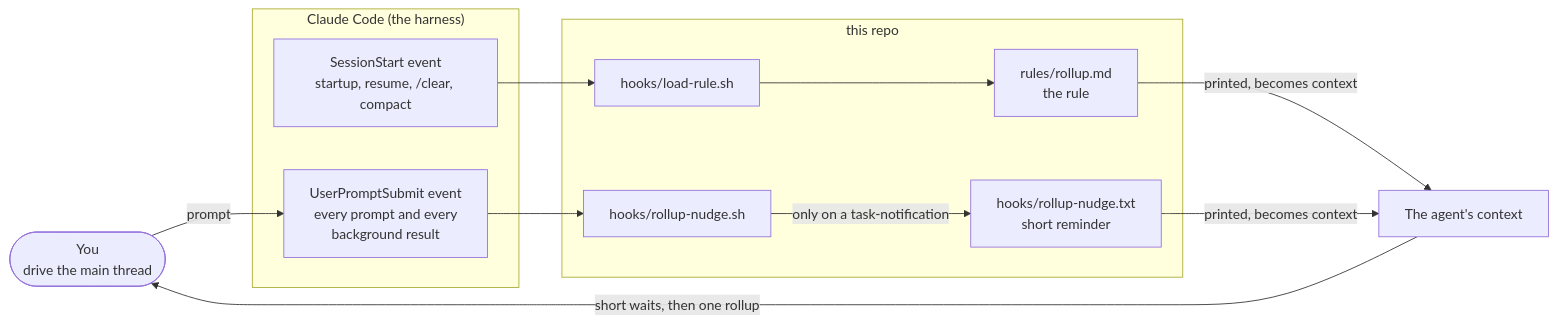
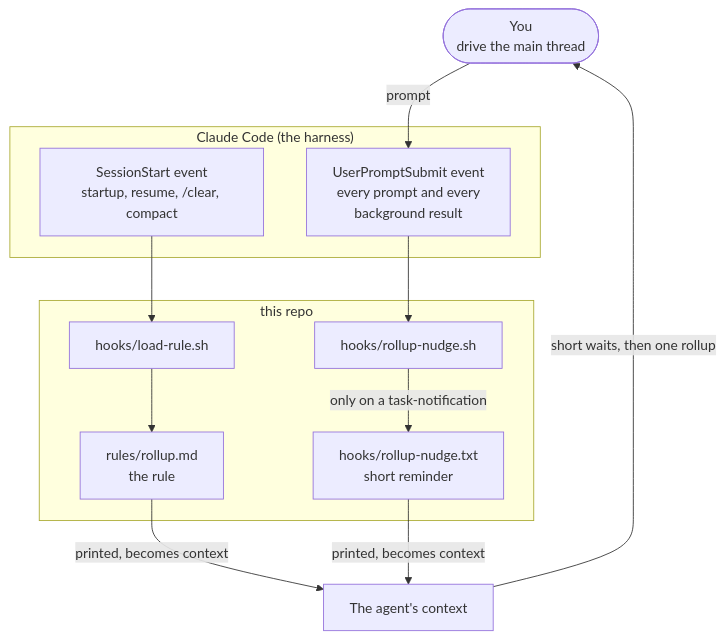
The first of 2 diagrams in README.md (luutuankiet/sample-claude-rollup-setup), drawn with Mermaid before and after one commit.

Commit message:
README: component map top-down so it reads at page width

````diff
--- a/README.md
+++ b/README.md
@@ -52,19 +52,19 @@
 ```mermaid
-flowchart LR
+flowchart TB
   you(["You<br/>drive the main thread"])
   subgraph harness["Claude Code (the harness)"]
     ss["SessionStart event<br/>startup, resume, /clear, compact"]
     ups["UserPromptSubmit event<br/>every prompt and every<br/>background result"]
   end
   subgraph repo["this repo"]
     load["hooks/load-rule.sh"]
     rule["rules/rollup.md<br/>the rule"]
     nudge["hooks/rollup-nudge.sh"]
     txt["hooks/rollup-nudge.txt<br/>short reminder"]
   end
   agent["The agent's context"]
   ss --> load --> rule -->|"printed, becomes context"| agent
   ups --> nudge -->|"only on a task-notification"| txt -->|"printed, becomes context"| agent
   agent -->|"short waits, then one rollup"| you
   you -->|"prompt"| ups
 ```
````
